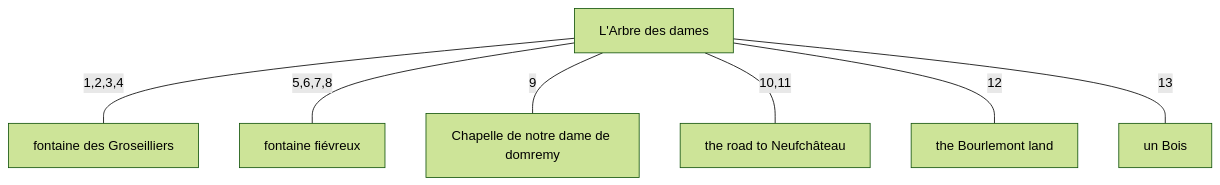
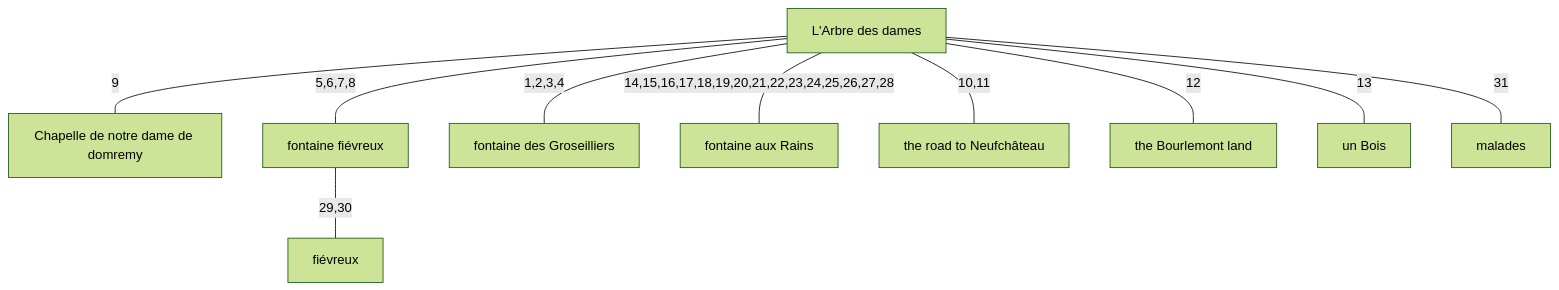
Before and after one commit to kitty-catt/the-location-of-the-arbre-des-dames-and-the-spring-of-joan-of-arc: the diagram in breakout/combined.md, drawn with Mermaid (forest theme). The commit also changed other lines of this file and 2 other files, not shown here.

````diff
--- a/breakout/combined.md
+++ b/breakout/combined.md
@@ -28,17 +38,23 @@
 ```mermaid
 graph TD
     N1["L'Arbre des dames"]
     N2["Chapelle de notre dame de domremy"]
-    N5["fontaine fiévreux"]
-    N6["fontaine des Groseilliers"]
-    N7["the road to Neufchâteau"]
-    N15["the Bourlemont land"]
-    N16["un Bois"]
+    N3["fontaine fiévreux"]
+    N4["fontaine des Groseilliers"]
+    N5["fontaine aux Rains"]
+    N6["the road to Neufchâteau"]
+    N7["the Bourlemont land"]
+    N8["un Bois"]
+    N9["fiévreux"]
+    N10["malades"]
 
-    N1 -- "1,2,3,4" --- N6
-    N1 -- "5,6,7,8" --- N5
+    N1 -- "1,2,3,4" --- N4
+    N1 -- "5,6,7,8" --- N3
     N1 -- "9" --- N2
-    N1 -- "10,11" --- N7
-    N1 -- "12" --- N15
-    N1 -- "13" --- N16
+    N1 -- "10,11" --- N6
+    N1 -- "12" --- N7
+    N1 -- "13" --- N8
+    N1 -- "14,15,16,17,18,19,20,21,22,23,24,25,26,27,28" --- N5
+    N3 -- "29,30" --- N9
+    N1 -- "31" --- N10
 ```
````
